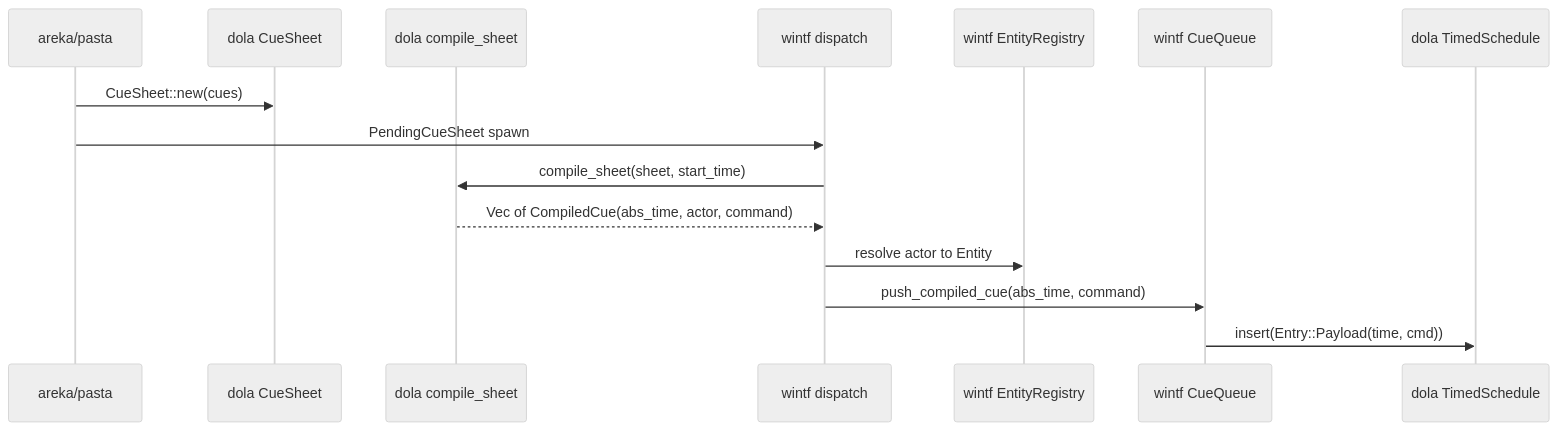
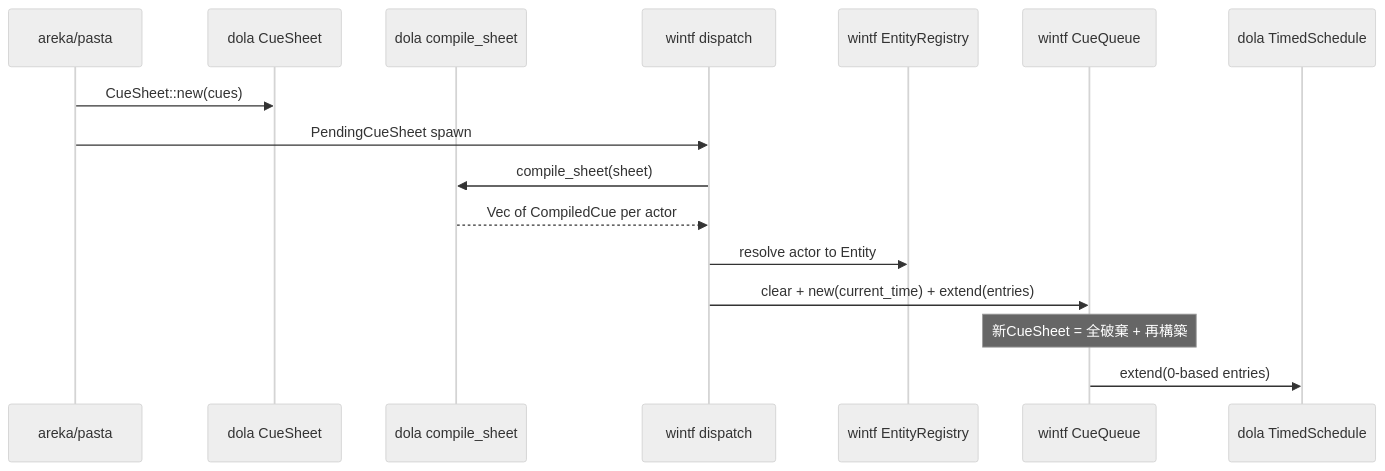
The second of 6 diagrams in .kiro/specs/wintf-P0-dola-boundary/design.md (ekicyou/areka), drawn with Mermaid (neutral theme) before and after one commit. The commit also changed other lines of this file and 2 other files, not shown here.

````diff
--- a/.kiro/specs/wintf-P0-dola-boundary/design.md
+++ b/.kiro/specs/wintf-P0-dola-boundary/design.md
@@ -112,18 +126,19 @@
 ```mermaid
 sequenceDiagram
     participant App as areka/pasta
     participant CS as dola CueSheet
     participant CF as dola compile_sheet
     participant DP as wintf dispatch
     participant ER as wintf EntityRegistry
     participant CQ as wintf CueQueue
     participant TS as dola TimedSchedule
 
     App->>CS: CueSheet::new(cues)
     App->>DP: PendingCueSheet spawn
-    DP->>CF: compile_sheet(sheet, start_time)
-    CF-->>DP: Vec of CompiledCue(abs_time, actor, command)
+    DP->>CF: compile_sheet(sheet)
+    CF-->>DP: Vec of CompiledCue per actor
     DP->>ER: resolve actor to Entity
-    DP->>CQ: push_compiled_cue(abs_time, command)
-    CQ->>TS: insert(Entry::Payload(time, cmd))
+    DP->>CQ: clear + new(current_time) + extend(entries)
+    Note over CQ: 新CueSheet = 全破棄 + 再構築
+    CQ->>TS: extend(0-based entries)
 ```
````
